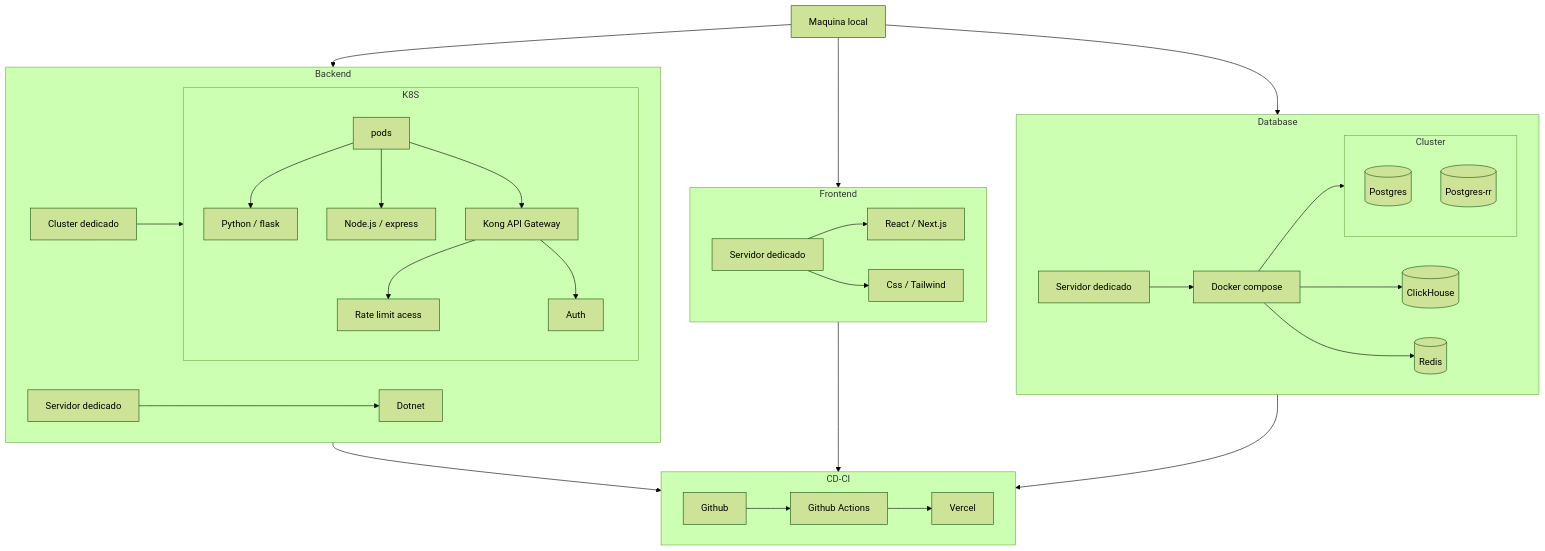
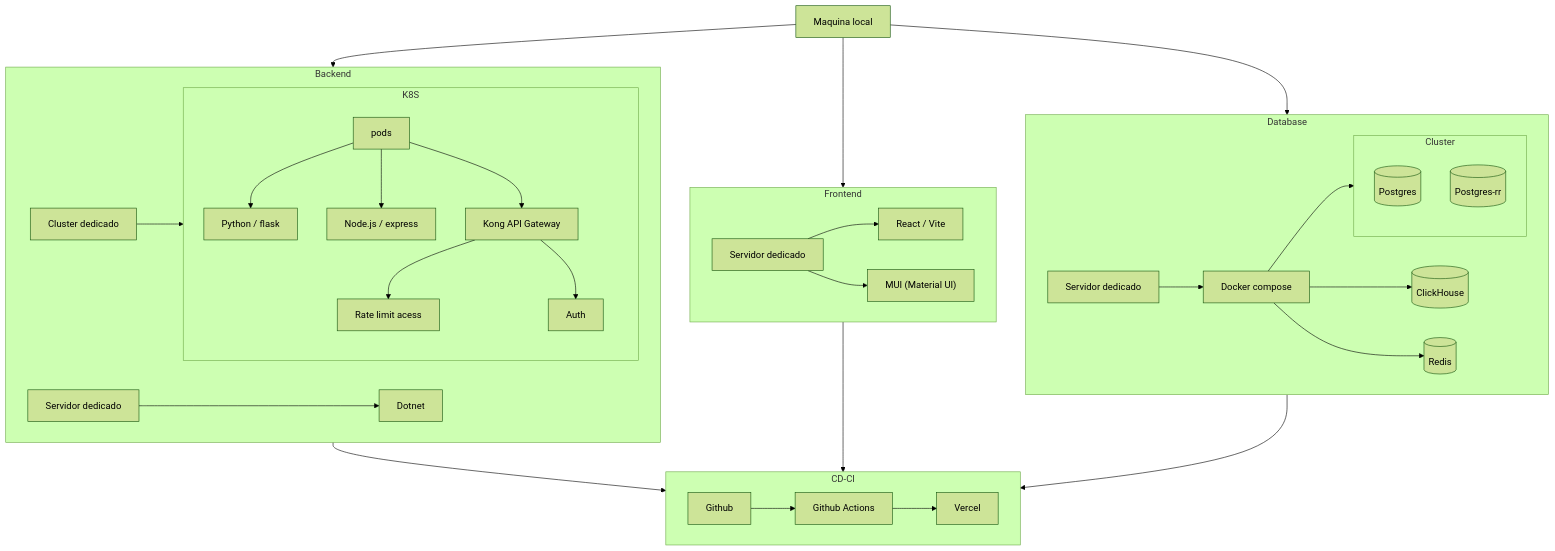
The fifth of 5 diagrams in docs/config/docs/content/FluxosNegocio/about.md (pedrovtof/Nievo-easy-fin), drawn with Mermaid (forest theme) before and after one commit. The commit also changed 2 other files, not shown here.

Commit message:
docs: update frontend framework references from Next.js+Tailwind to Vite+MUI
- README.MD (PT-BR e EN-US): atualiza diagramas mermaid e descrição do frontend
- FluxosNegocio/about.md: atualiza diagrama de implantação
- AtualizacoesHistorico/intro.md: adiciona entrada 2026-05-23 com detalhes da migração

````diff
--- a/docs/config/docs/content/FluxosNegocio/about.md
+++ b/docs/config/docs/content/FluxosNegocio/about.md
@@ -178,56 +178,56 @@
 ```mermaid
 flowchart TD
 
  local["Maquina local"]
 
  subgraph Frontend["Frontend"]
-        next["React / Next.js"]
-        tailWind["Css / Tailwind"]
-        vmF["Servidor dedicado"] --> next
-        vmF --> tailWind
+        vite["React / Vite"]
+        mui["MUI (Material UI)"]
+        vmF["Servidor dedicado"] --> vite
+        vmF --> mui
   end
  subgraph Cicd["CD-CI"]
         git["Github"]
         gitA["Github Actions"]
         vercel["Vercel"]
         git --> gitA
         gitA --> vercel
   end
  subgraph K8S["K8S"]
         pods
         pods --> py["Python / flask"]
         pods --> node["Node.js / express"]
         pods --> kong["Kong API Gateway"]
         kong --> rateLimit["Rate limit acess"]
         kong --> auth["Auth"]
   end
  subgraph Backend["Backend"]
         vmB["Servidor dedicado"] --> dotnet["Dotnet"]
         cluster["Cluster dedicado"] --> K8S
   end
 
  subgraph Database["Database"]
     subgraph Cluster["Cluster"]
         dbCore[("Postgres")]
         dbCoreRR[("Postgres-rr")]
     end
 
   dbData[(ClickHouse)]
   dbMemory[(Redis)]
 
   docker["Docker compose"] --> Cluster
   docker --> dbData
   docker --> dbMemory
 
   vmC["Servidor dedicado"] --> docker
   
  end
 
 local --> Backend
 local --> Frontend
 local --> Database
 
 Backend --> Cicd
 Frontend --> Cicd
 Database --> Cicd
 ```
````
